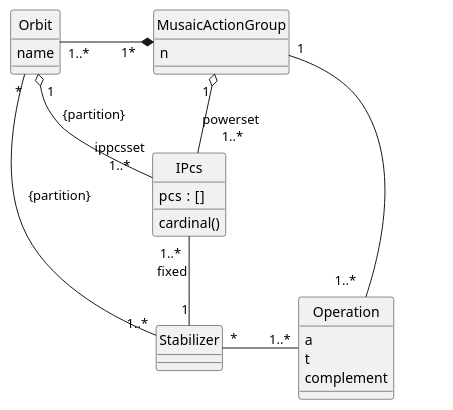
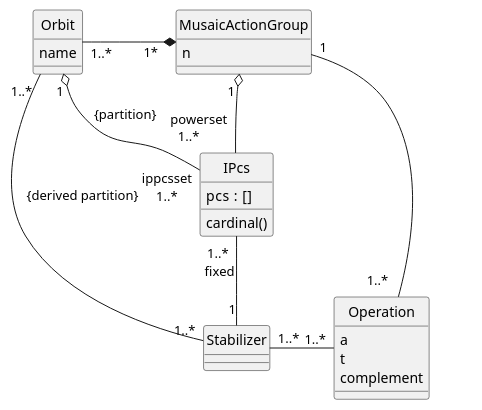
Before and after one commit to ocapuozzo/musaicbox: the diagram in public/analyse/analyse.puml, drawn with PlantUML. The commit also changed 10 other files, not shown here.

```diff
--- a/public/analyse/analyse.puml
+++ b/public/analyse/analyse.puml
@@ -1,33 +1,32 @@
 @startuml musaicbox
 
 class MusaicActionGroup {
   n
 }
 
 class Operation {
   a
   t
   complement
 }
 
 class Orbit {
   name
 }
 
 class IPcs {
   pcs :  []
   cardinal()
 }
 
-
 MusaicActionGroup "1"  - " 1..*   " Operation : "                 "
 Orbit "1..*"  -* " 1*   " MusaicActionGroup : "                 "
-MusaicActionGroup "1 "  o-- "\npowerset \n1..*" IPcs :"                                           "
+MusaicActionGroup "1 "  o-- "\n       powerset \n1..*" IPcs :"                                           "
 
-Orbit "*"  -- "1..*" Stabilizer :"{partition}             "
+Orbit "1..* "  -- "1..*" Stabilizer :"{derived partition}             "
 Orbit "  1"  o-- "ippcsset\n1..*" IPcs :" {partition}                     "
 IPcs "1..* \nfixed" -- "1" Stabilizer
-Stabilizer "*" - "1..*" Operation
+Stabilizer "1..*" - "1..*" Operation
 
 hide circle
 @enduml
```
